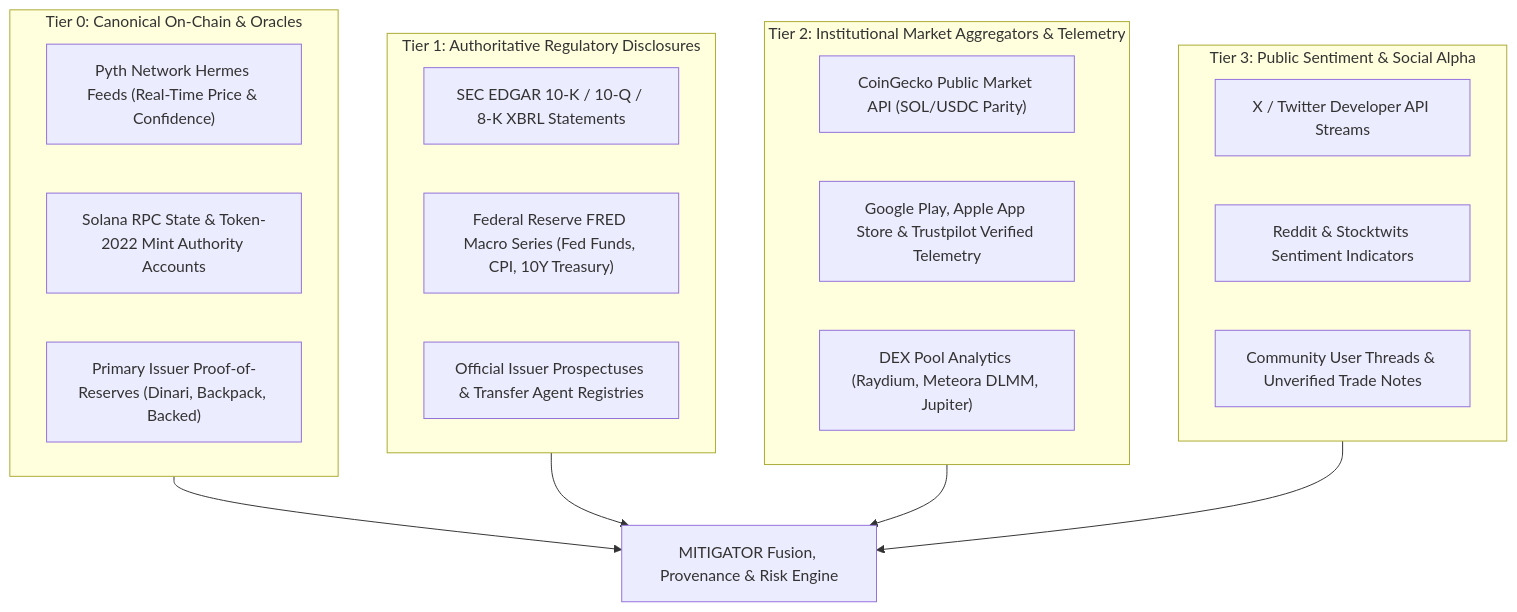
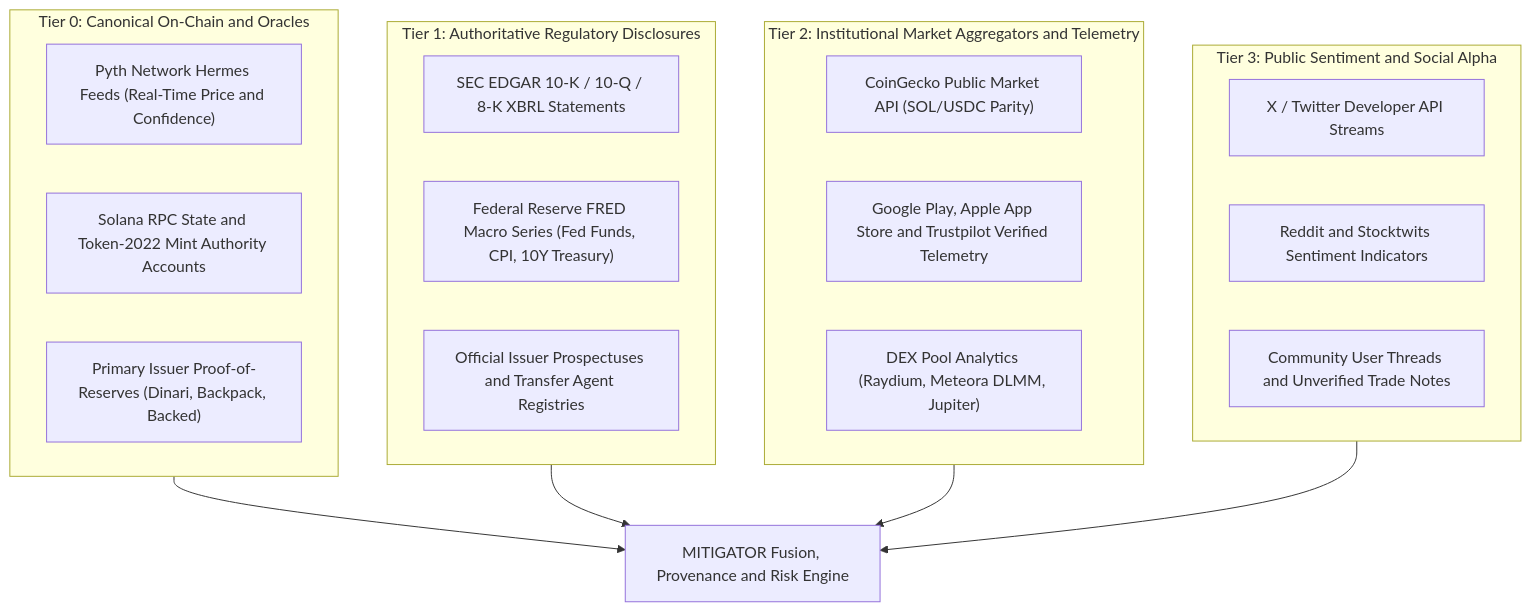
One commit to Pabby01/MITIGATOR changed the second of 6 diagrams in README.md. Above: the diagram before and after it, drawn with Mermaid. The commit also changed other lines of this file and 1 other file, not shown here.

Commit message:
docs: refine Mermaid architecture diagrams and text labels in PRD

````diff
--- a/README.md
+++ b/README.md
@@ -88,31 +88,31 @@
 ```mermaid
 graph TD
-    subgraph Tier_0 [Tier 0: Canonical On-Chain & Oracles]
-        T0_A["Pyth Network Hermes Feeds (Real-Time Price & Confidence)"]
-        T0_B["Solana RPC State & Token-2022 Mint Authority Accounts"]
+    subgraph Tier_0 ["Tier 0: Canonical On-Chain and Oracles"]
+        T0_A["Pyth Network Hermes Feeds (Real-Time Price and Confidence)"]
+        T0_B["Solana RPC State and Token-2022 Mint Authority Accounts"]
         T0_C["Primary Issuer Proof-of-Reserves (Dinari, Backpack, Backed)"]
     end
 
-    subgraph Tier_1 [Tier 1: Authoritative Regulatory Disclosures]
+    subgraph Tier_1 ["Tier 1: Authoritative Regulatory Disclosures"]
         T1_A["SEC EDGAR 10-K / 10-Q / 8-K XBRL Statements"]
         T1_B["Federal Reserve FRED Macro Series (Fed Funds, CPI, 10Y Treasury)"]
-        T1_C["Official Issuer Prospectuses & Transfer Agent Registries"]
+        T1_C["Official Issuer Prospectuses and Transfer Agent Registries"]
     end
 
-    subgraph Tier_2 [Tier 2: Institutional Market Aggregators & Telemetry]
+    subgraph Tier_2 ["Tier 2: Institutional Market Aggregators and Telemetry"]
         T2_A["CoinGecko Public Market API (SOL/USDC Parity)"]
-        T2_B["Google Play, Apple App Store & Trustpilot Verified Telemetry"]
+        T2_B["Google Play, Apple App Store and Trustpilot Verified Telemetry"]
         T2_C["DEX Pool Analytics (Raydium, Meteora DLMM, Jupiter)"]
     end
 
-    subgraph Tier_3 [Tier 3: Public Sentiment & Social Alpha]
+    subgraph Tier_3 ["Tier 3: Public Sentiment and Social Alpha"]
         T3_A["X / Twitter Developer API Streams"]
-        T3_B["Reddit & Stocktwits Sentiment Indicators"]
-        T3_C["Community User Threads & Unverified Trade Notes"]
+        T3_B["Reddit and Stocktwits Sentiment Indicators"]
+        T3_C["Community User Threads and Unverified Trade Notes"]
     end
 
-    Tier_0 --> Engine["MITIGATOR Fusion, Provenance & Risk Engine"]
+    Tier_0 --> Engine["MITIGATOR Fusion, Provenance and Risk Engine"]
     Tier_1 --> Engine
     Tier_2 --> Engine
     Tier_3 --> Engine
 ```
````
